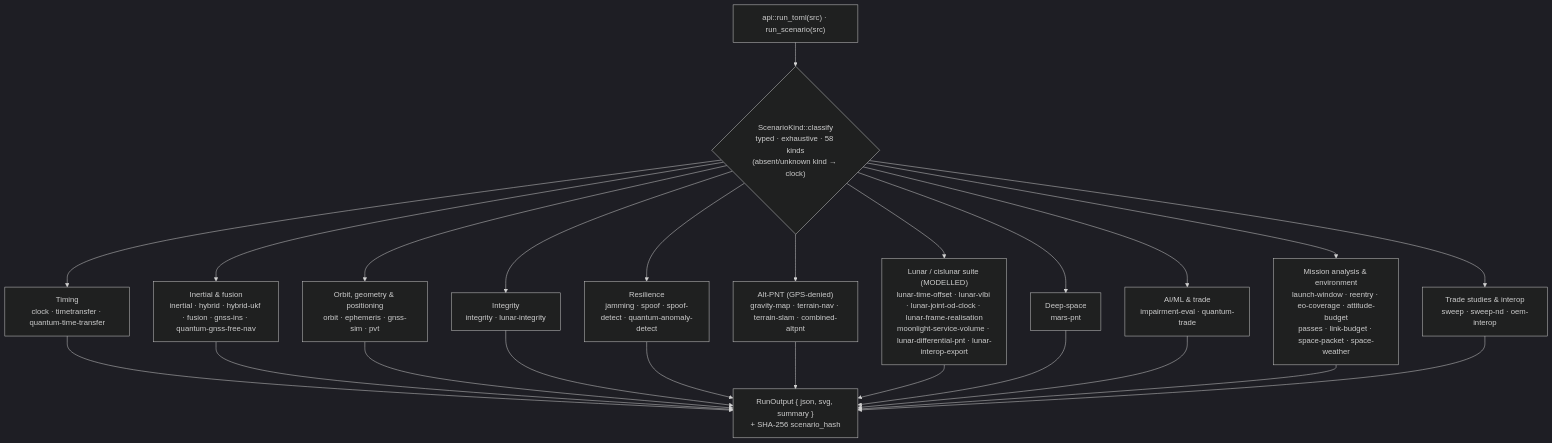
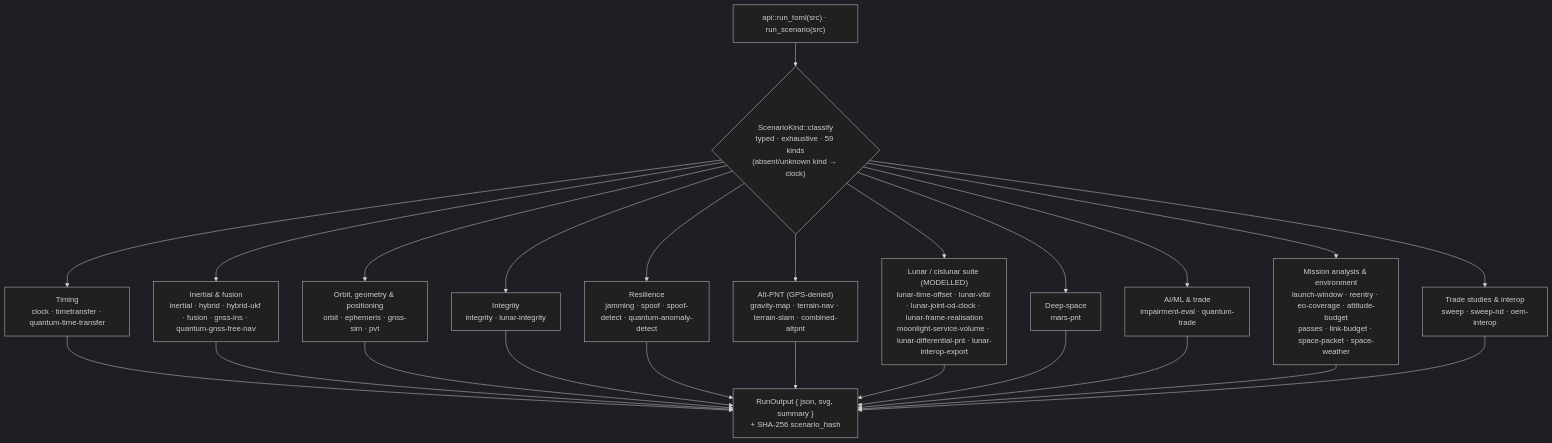
One commit to ashfordeOU/kshana changed the seventh of 11 diagrams in docs/ARCHITECTURE.md. Above: the diagram before and after it, drawn with Mermaid (dark theme). The commit also changed other lines of this file and 15 other files, not shown here.

````diff
--- a/docs/ARCHITECTURE.md
+++ b/docs/ARCHITECTURE.md
@@ -406,16 +406,16 @@
 ```mermaid
 flowchart TD
-    F["api::run_toml(src) · run_scenario(src)"] --> K{"ScenarioKind::classify<br/>typed · exhaustive · 58 kinds<br/>(absent/unknown kind → clock)"}
+    F["api::run_toml(src) · run_scenario(src)"] --> K{"ScenarioKind::classify<br/>typed · exhaustive · 59 kinds<br/>(absent/unknown kind → clock)"}
     K --> G1["Timing<br/>clock · timetransfer · quantum-time-transfer"]
     K --> G2["Inertial & fusion<br/>inertial · hybrid · hybrid-ukf · fusion · gnss-ins · quantum-gnss-free-nav"]
     K --> G3["Orbit, geometry & positioning<br/>orbit · ephemeris · gnss-sim · pvt"]
     K --> G4["Integrity<br/>integrity · lunar-integrity"]
     K --> G5["Resilience<br/>jamming · spoof · spoof-detect · quantum-anomaly-detect"]
     K --> G6["Alt-PNT (GPS-denied)<br/>gravity-map · terrain-nav · terrain-slam · combined-altpnt"]
     K --> G7["Lunar / cislunar suite (MODELLED)<br/>lunar-time-offset · lunar-vlbi · lunar-joint-od-clock · lunar-frame-realisation<br/>moonlight-service-volume · lunar-differential-pnt · lunar-interop-export"]
     K --> G8["Deep-space<br/>mars-pnt"]
     K --> G9["AI/ML & trade<br/>impairment-eval · quantum-trade"]
     K --> G10["Mission analysis & environment<br/>launch-window · reentry · eo-coverage · attitude-budget<br/>passes · link-budget · space-packet · space-weather"]
     K --> G11["Trade studies & interop<br/>sweep · sweep-nd · oem-interop"]
     G1 & G2 & G3 & G4 & G5 & G6 & G7 & G8 & G9 & G10 & G11 --> W["RunOutput { json, svg, summary }<br/>+ SHA-256 scenario_hash"]
 ```
````
